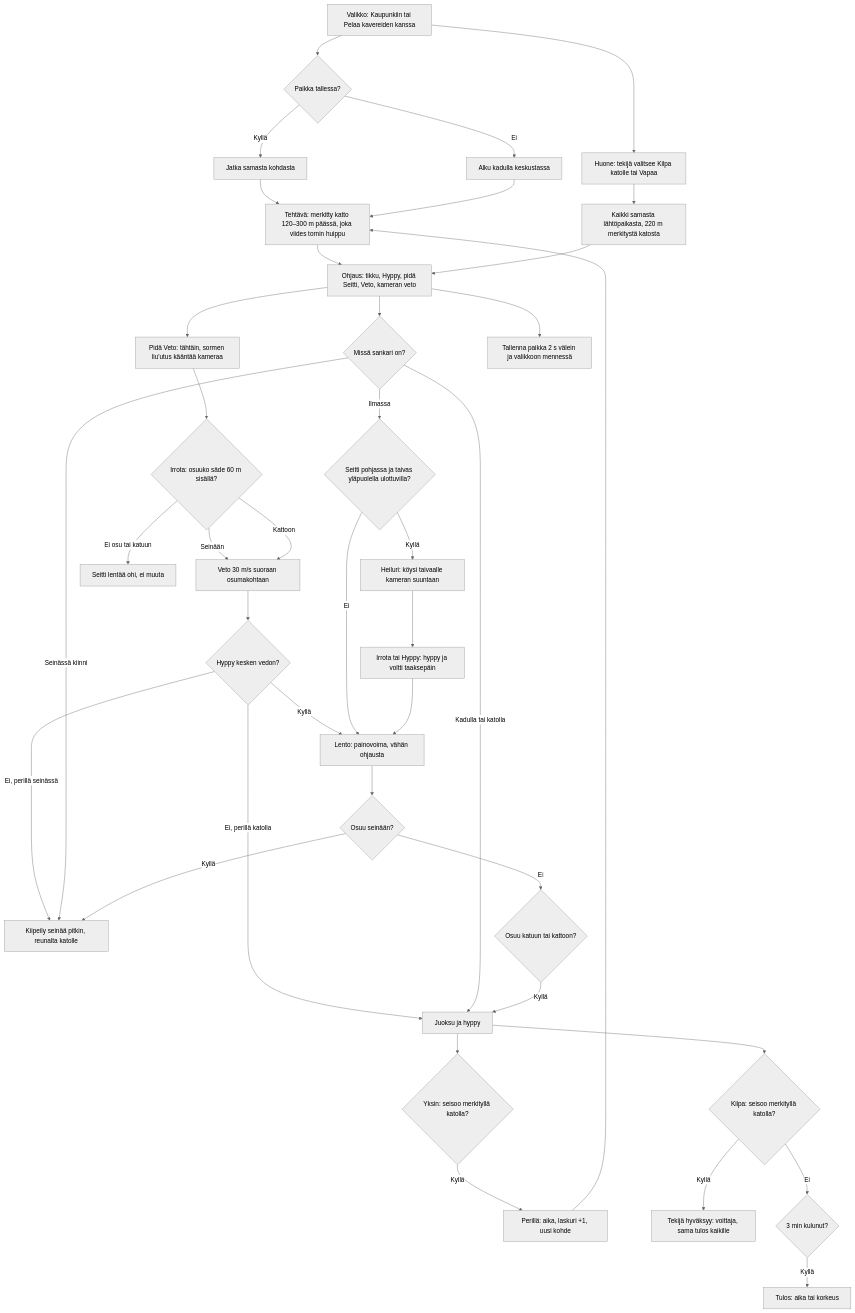
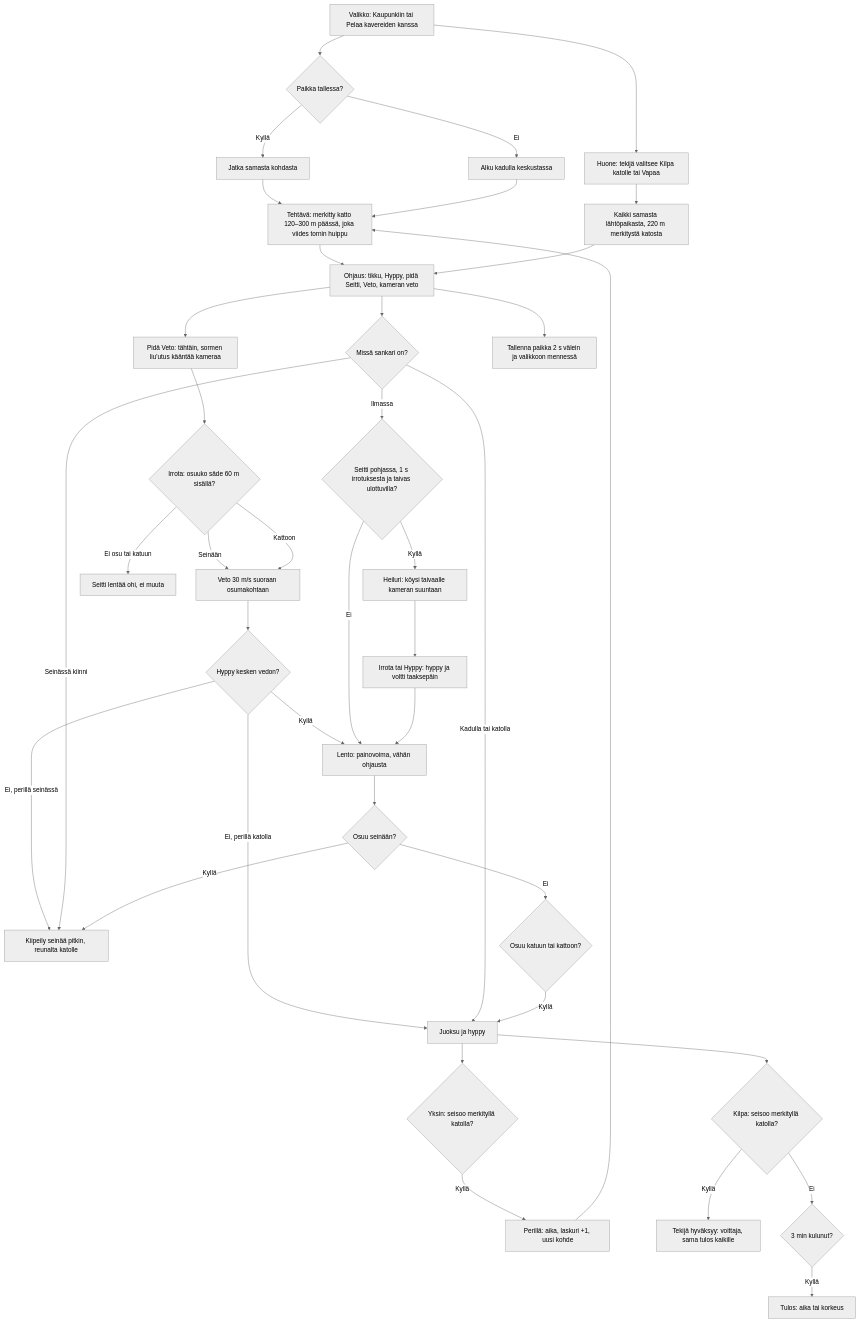
Before and after one commit to eerovil/ai-pelit: the diagram in docs/diagrams/seittisankari.md, drawn with Mermaid (neutral theme). The commit also changed other lines of this file and 3 other files, not shown here.

````diff
--- a/docs/diagrams/seittisankari.md
+++ b/docs/diagrams/seittisankari.md
@@ -5,48 +5,48 @@
 ```mermaid
 flowchart TD
     A[Valikko: Kaupunkiin tai Pelaa kavereiden kanssa] --> B{Paikka tallessa?}
     B -- Kyllä --> C[Jatka samasta kohdasta]
     B -- Ei --> D[Alku kadulla keskustassa]
     C --> Y
     D --> Y[Tehtävä: merkitty katto 120–300 m päässä, joka viides tornin huippu]
     Y --> E[Ohjaus: tikku, Hyppy, pidä Seitti, Veto, kameran veto]
     E --> P1[Pidä Veto: tähtäin, sormen liu'utus kääntää kameraa]
     P1 --> P2{Irrota: osuuko säde 60 m sisällä?}
     P2 -- Seinään --> P3[Veto 30 m/s suoraan osumakohtaan]
     P2 -- Kattoon --> P3
     P2 -- Ei osu tai katuun --> P4[Seitti lentää ohi, ei muuta]
     P3 --> P5{Hyppy kesken vedon?}
     P5 -- Kyllä --> K
     P5 -- Ei, perillä seinässä --> H
     P5 -- Ei, perillä katolla --> G
     E --> F{Missä sankari on?}
     F -- Kadulla tai katolla --> G[Juoksu ja hyppy]
     F -- Seinässä kiinni --> H[Kiipeily seinää pitkin, reunalta katolle]
-    F -- Ilmassa --> I{Seitti pohjassa ja taivas yläpuolella ulottuvilla?}
+    F -- Ilmassa --> I{Seitti pohjassa, 1 s irrotuksesta ja taivas ulottuvilla?}
     I -- Kyllä --> J[Heiluri: köysi taivaalle kameran suuntaan]
     I -- Ei --> K[Lento: painovoima, vähän ohjausta]
     J --> L[Irrota tai Hyppy: hyppy ja voltti taaksepäin]
     L --> K
     K --> M{Osuu seinään?}
     M -- Kyllä --> H
     M -- Ei --> N{Osuu katuun tai kattoon?}
     N -- Kyllä --> G
     E --> T[Tallenna paikka 2 s välein ja valikkoon mennessä]
     A --> R[Huone: tekijä valitsee Kilpa katolle tai Vapaa]
     R --> S[Kaikki samasta lähtöpaikasta, 220 m merkitystä katosta]
     S --> E
     G --> Z{Yksin: seisoo merkityllä katolla?}
     Z -- Kyllä --> ZA[Perillä: aika, laskuri +1, uusi kohde]
     ZA --> Y
     G --> U{Kilpa: seisoo merkityllä katolla?}
     U -- Kyllä --> V[Tekijä hyväksyy: voittaja, sama tulos kaikille]
     U -- Ei --> W{3 min kulunut?}
     W -- Kyllä --> X[Tulos: aika tai korkeus]
     class A,B,C,D blue
     class Y,Z,ZA rose
     class E,G,H violet
     class I,J,K,L,M,N teal
     class P1,P2,P3,P4,P5 teal
     class R,S,U,V,W,X green
     class T amber
 ```
````
